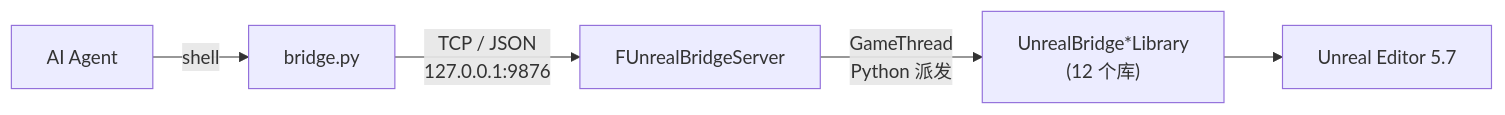
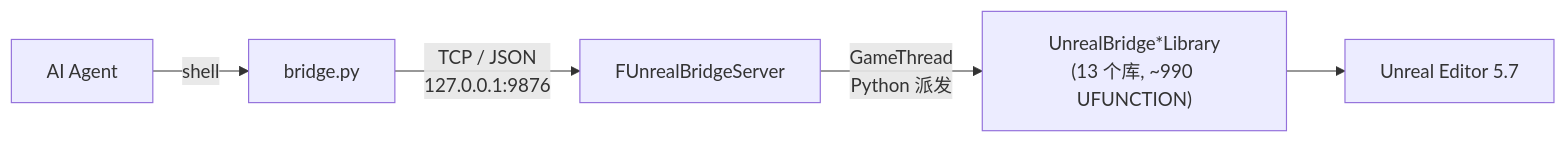
One commit to TornLux/UnrealBridge changed the diagram in README.zh-CN.md. Above: the diagram before and after it, drawn with Mermaid. The commit also changed other lines of this file and 1 other file, not shown here.

````diff
--- a/README.zh-CN.md
+++ b/README.zh-CN.md
@@ -31,13 +31,13 @@
 ```mermaid
 flowchart LR
     Agent["AI Agent"]
     CLI["bridge.py"]
     Server["FUnrealBridgeServer"]
-    Libs["UnrealBridge*Library<br/>(12 个库)"]
+    Libs["UnrealBridge*Library<br/>(13 个库, ~990 UFUNCTION)"]
     UE["Unreal Editor 5.7"]
 
     Agent -- "shell" --> CLI
     CLI -- "TCP / JSON<br/>127.0.0.1:9876" --> Server
     Server -- "GameThread<br/>Python 派发" --> Libs
     Libs --> UE
 ```
````
